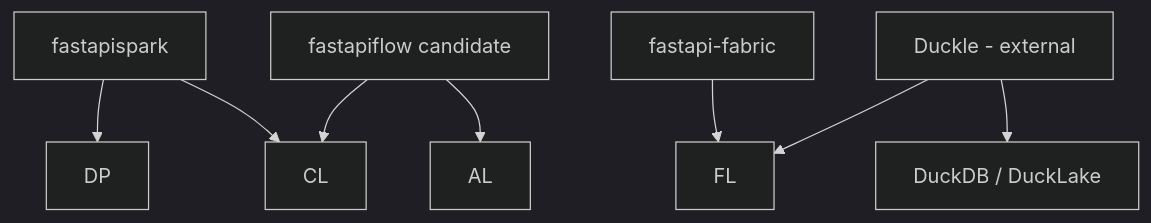
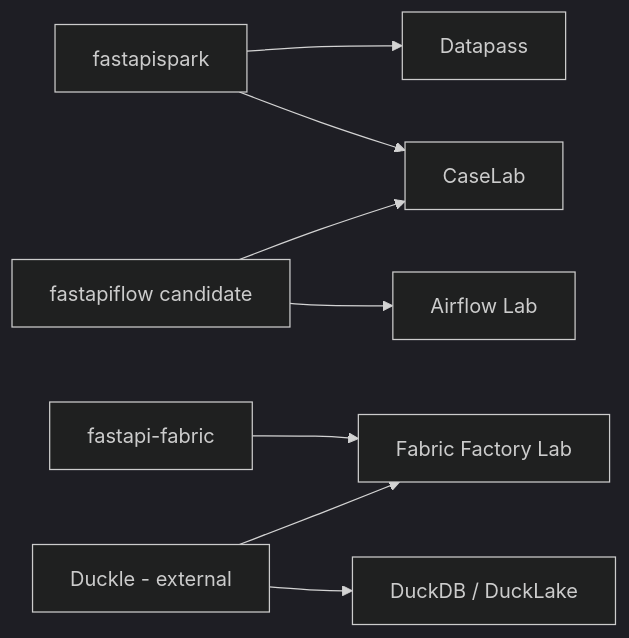
The fourth of 4 diagrams in README.md (julian-passebecq/dataprojects), drawn with Mermaid (dark theme) before and after one commit. The commit also changed other lines of this file, not shown here.

Commit message:
docs: expand Mermaid constellation views

````diff
--- a/README.md
+++ b/README.md
@@ -82,16 +108,21 @@
 ```mermaid
-flowchart TD
+flowchart LR
     SP[fastapispark]
     AF[fastapiflow candidate]
     FF[fastapi-fabric]
     DU[Duckle - external]
     DB[DuckDB / DuckLake]
+
+    DP[Datapass]
+    CL[CaseLab]
+    AL[Airflow Lab]
+    FL[Fabric Factory Lab]
 
     SP --> DP
     SP --> CL
     AF --> AL
     AF --> CL
     FF --> FL
     DU --> FL
     DU --> DB
 ```
````
